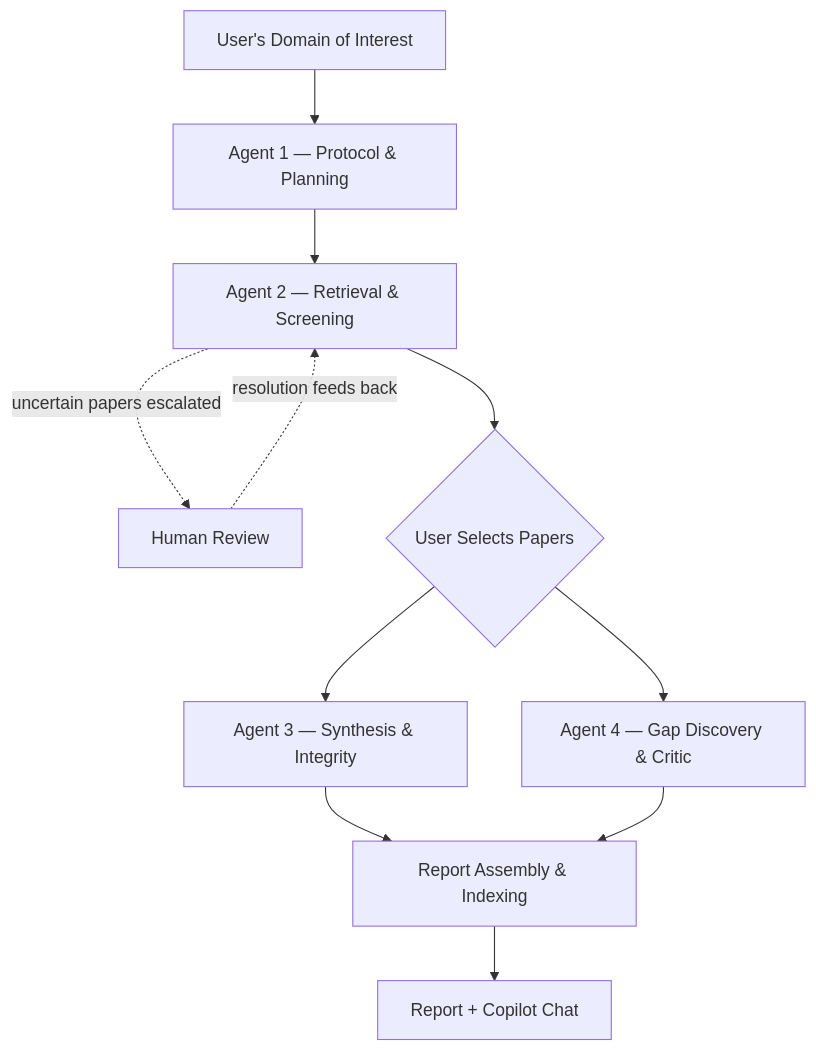
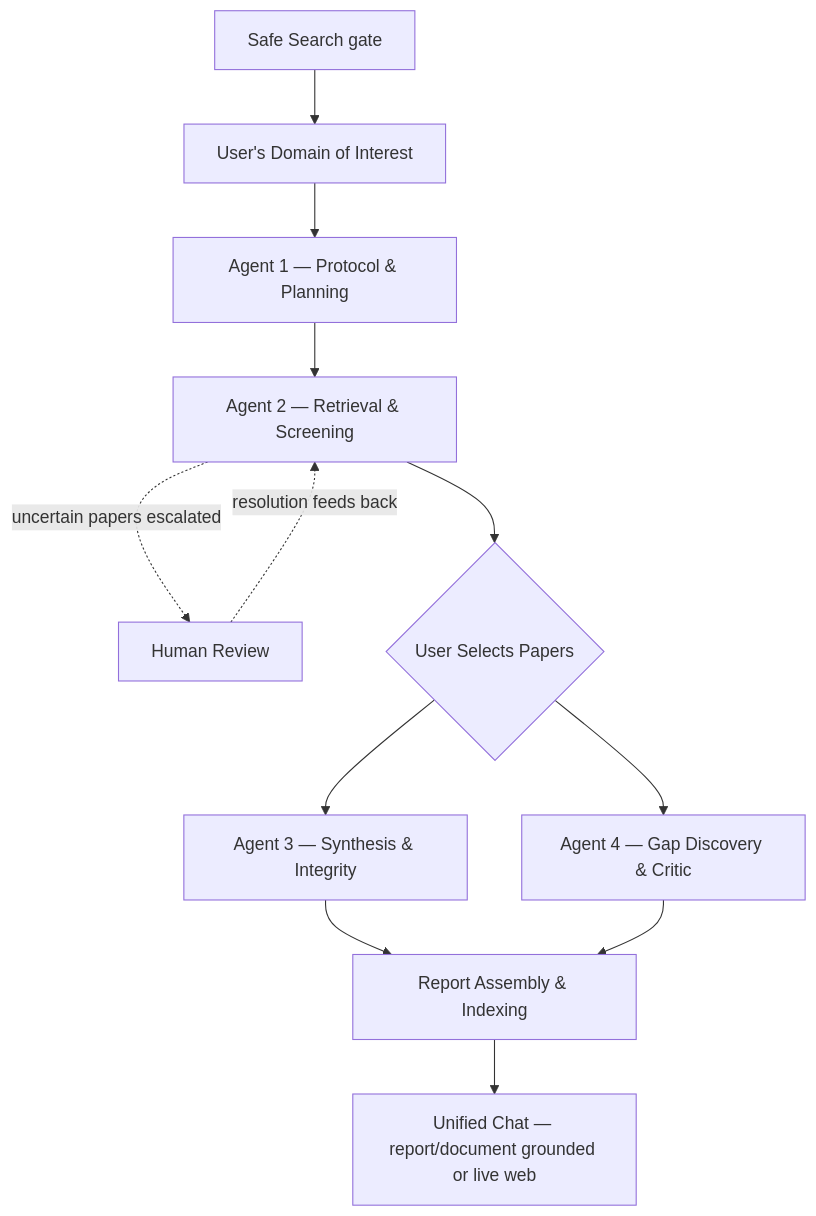
Before and after one commit to VithushanR/Nexora: the diagram in README.md, drawn with Mermaid. The commit also changed other lines of this file, not shown here.

````diff
--- a/README.md
+++ b/README.md
@@ -23,13 +24,14 @@
 ```mermaid
 flowchart TD
-    A["User's Domain of Interest"] --> B["Agent 1 — Protocol & Planning"]
+    S["Safe Search gate"] --> A["User's Domain of Interest"]
+    A --> B["Agent 1 — Protocol & Planning"]
     B --> C["Agent 2 — Retrieval & Screening"]
     C -.uncertain papers escalated.-> U["Human Review"]
     U -.resolution feeds back.-> C
     C --> D{"User Selects Papers"}
     D --> E["Agent 3 — Synthesis & Integrity"]
     D --> F["Agent 4 — Gap Discovery & Critic"]
     E --> G["Report Assembly & Indexing"]
     F --> G
-    G --> H["Report + Copilot Chat"]
+    G --> H["Unified Chat — report/document grounded or live web"]
 ```
````
